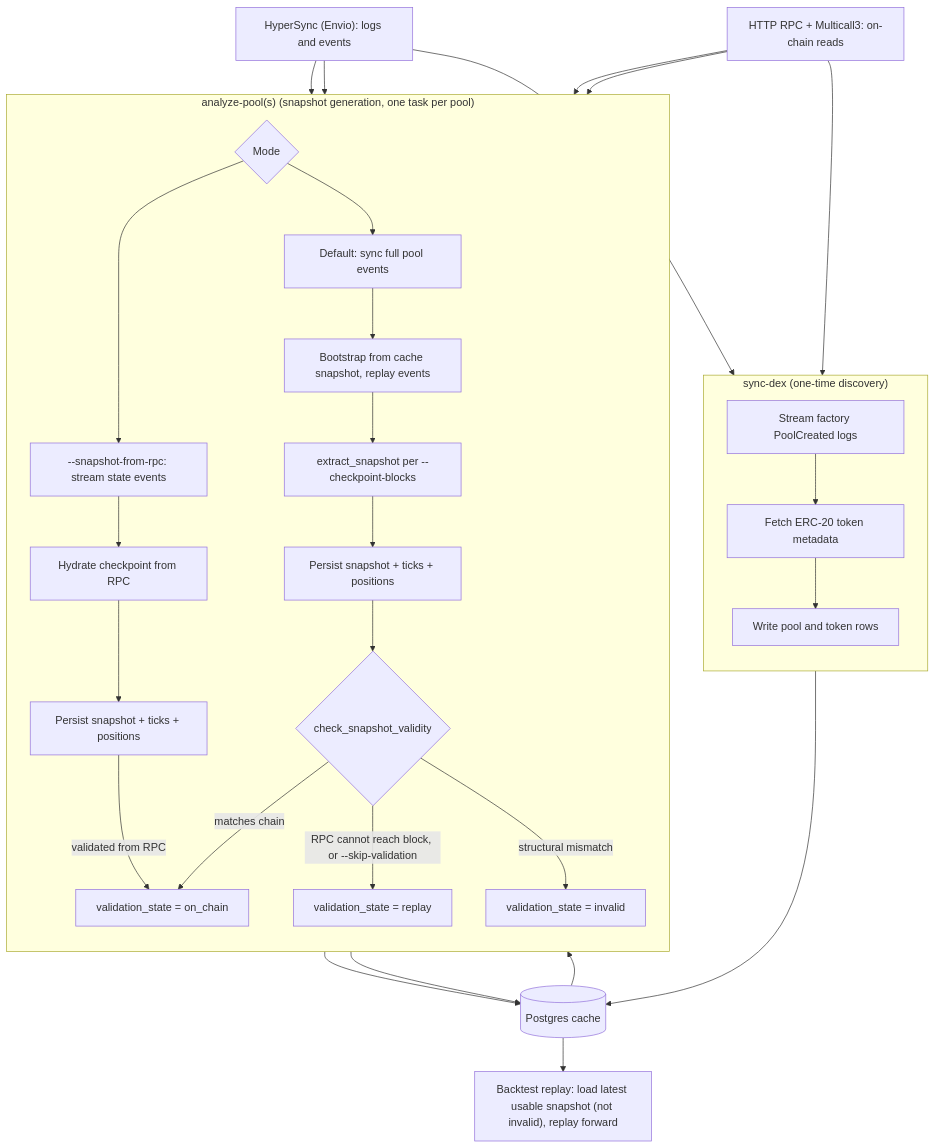
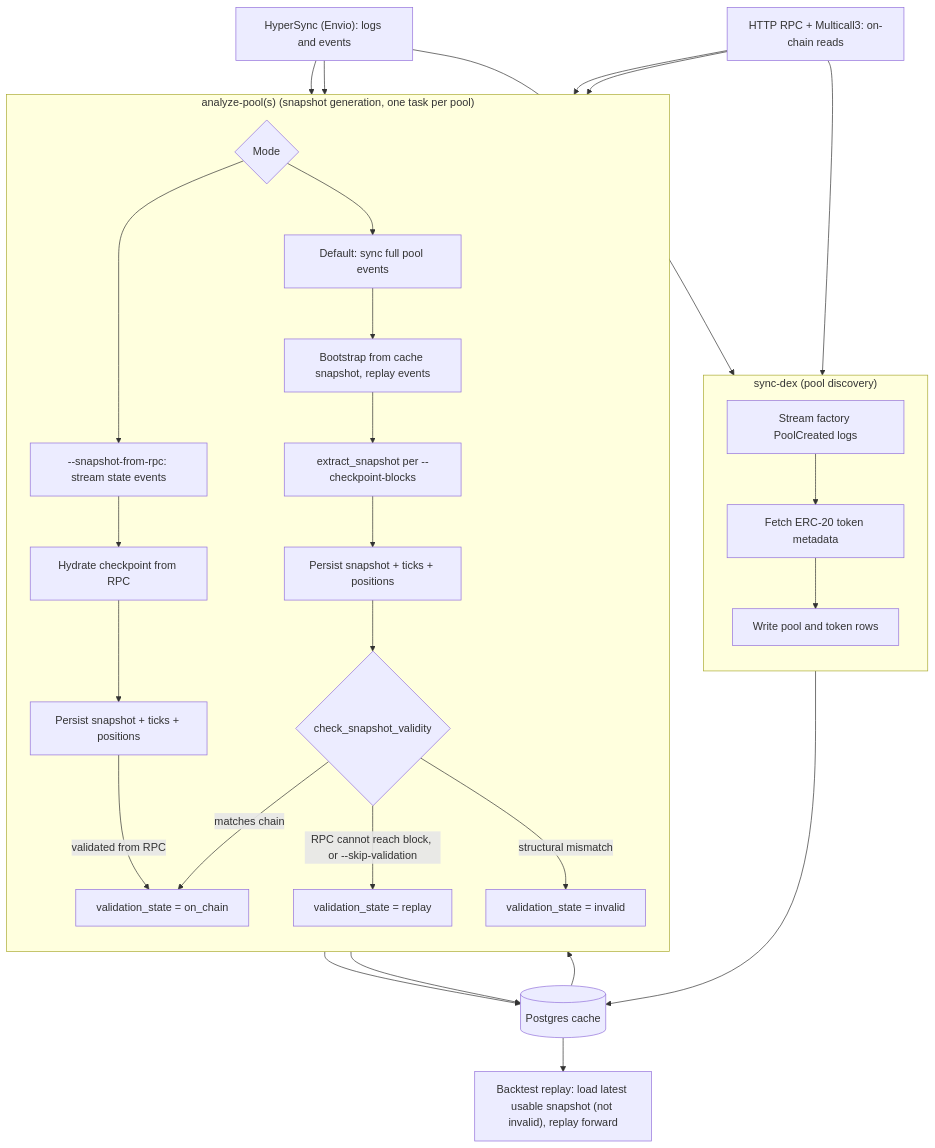
Before and after one commit to nautechsystems/nautilus_trader: the diagram in docs/integrations/blockchain.md, drawn with Mermaid. The commit also changed other lines of this file and 13 other files, not shown here.

````diff
--- a/docs/integrations/blockchain.md
+++ b/docs/integrations/blockchain.md
@@ -187,47 +189,47 @@
 ```mermaid
 flowchart TD
     HS["HyperSync (Envio): logs and events"]
     RPC["HTTP RPC + Multicall3: on-chain reads"]
     PG[("Postgres cache")]
 
-    subgraph discovery["sync-dex (one-time discovery)"]
+    subgraph discovery["sync-dex (pool discovery)"]
         direction TB
         D1["Stream factory PoolCreated logs"]
         D2["Fetch ERC-20 token metadata"]
         D3["Write pool and token rows"]
         D1 --> D2 --> D3
     end
 
     subgraph analyze["analyze-pool(s) (snapshot generation, one task per pool)"]
         direction TB
         AP0{"Mode"}
         AP1["Default: sync full pool events"]
         AP2["Bootstrap from cache snapshot, replay events"]
         AP3["extract_snapshot per --checkpoint-blocks"]
         AP4["Persist snapshot + ticks + positions"]
         AP5{"check_snapshot_validity"}
         RP1["--snapshot-from-rpc: stream state events"]
         RP2["Hydrate checkpoint from RPC"]
         RP3["Persist snapshot + ticks + positions"]
         AP0 --> AP1 --> AP2 --> AP3 --> AP4 --> AP5
         AP0 --> RP1 --> RP2 --> RP3
         AP5 -->|"matches chain"| V1["validation_state = on_chain"]
         AP5 -->|"RPC cannot reach block, or --skip-validation"| V2["validation_state = replay"]
         AP5 -->|"structural mismatch"| V3["validation_state = invalid"]
         RP3 -->|"validated from RPC"| V1
     end
 
     R["Backtest replay: load latest usable snapshot (not invalid), replay forward"]
 
     HS --> D1
     RPC --> D2
     D3 --> PG
     HS --> AP1
     HS --> RP1
     PG --> AP2
     AP4 --> PG
     RP3 --> PG
     RPC --> AP5
     RPC --> RP2
     PG --> R
 ```
````
